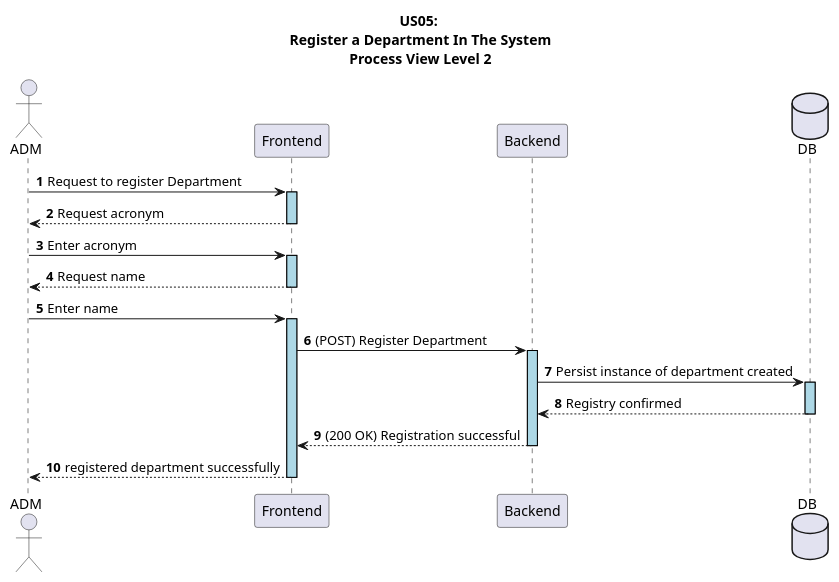
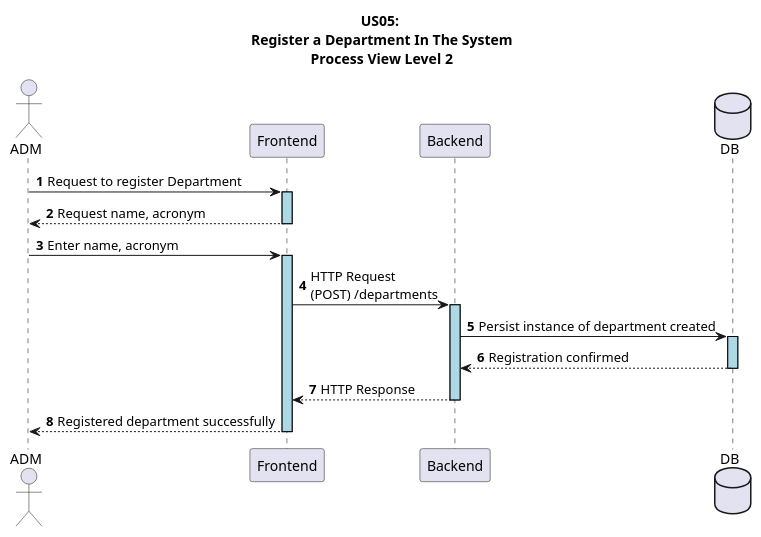
Before and after one commit to GasparISEP/DevOps-PAI: the diagram in docs/US05/sprint6_RestAPI/ProcessView/US05_RestAPI_ProcessView_Level2.puml, drawn with PlantUML. The commit also changed 3 other files, not shown here.

Commit message:
doc: refactor process diagrams to reflect future implementation (refs #500, refs #575)

```diff
--- a/docs/US05/sprint6_RestAPI/ProcessView/US05_RestAPI_ProcessView_Level2.puml
+++ b/docs/US05/sprint6_RestAPI/ProcessView/US05_RestAPI_ProcessView_Level2.puml
@@ -1,27 +1,25 @@
 @startuml
 autonumber
 
 skinparam sequence {
    LifelineBorderColor black
    LifelineBackgroundColor LightBlue
  }
 
 title US05:\n Register a Department In The System\n Process View Level 2
 actor ADM
 participant "Frontend" as FE
 participant "Backend" as BE
 database DB
 
 ADM -> FE ++: Request to register Department
-FE --> ADM --: Request acronym
-ADM -> FE ++: Enter acronym
-FE --> ADM --: Request name
-ADM -> FE ++: Enter name
+FE --> ADM --: Request name, acronym
+ADM -> FE ++: Enter name, acronym
 
-FE -> BE ++: (POST) Register Department
+FE -> BE ++: HTTP Request \n(POST) /departments
 BE -> DB ++: Persist instance of department created
-DB --> BE --: Registry confirmed
-BE --> FE --: (200 OK) Registration successful
-FE --> ADM --: registered department successfully
+DB --> BE --: Registration confirmed
+BE --> FE --: HTTP Response
+FE --> ADM --: Registered department successfully
 
 @enduml
```
